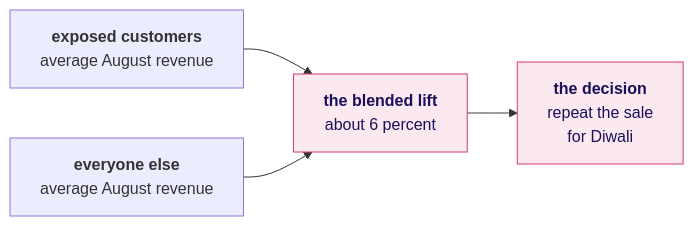
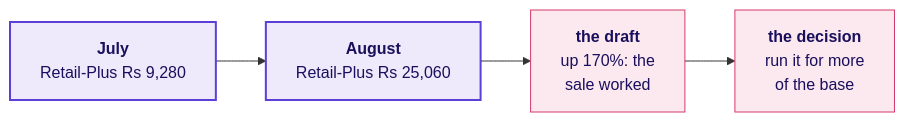
One commit to fde-academy-lab/c2-content-factory changed the fourth of 15 diagrams in content/W01/D4/slides/C2_W01_D04_half2_STUDENT.md. Above: the diagram before and after it, drawn with Mermaid. The commit also changed other lines of this file and 13 other files, not shown here.

````diff
--- a/content/W01/D4/slides/C2_W01_D04_half2_STUDENT.md
+++ b/content/W01/D4/slides/C2_W01_D04_half2_STUDENT.md
@@ -107,8 +151,10 @@
 ```mermaid
 flowchart LR
-    A["<b>exposed customers</b><br/>average August revenue"] --> L["<b>the blended lift</b><br/>about 6 percent"]
-    B["<b>everyone else</b><br/>average August revenue"] --> L
-    L --> D["<b>the decision</b><br/>repeat the sale<br/>for Diwali"]
+    J["<b>July</b><br/>Retail-Plus Rs 9,280"] --> A["<b>August</b><br/>Retail-Plus Rs 25,060"]
+    A --> C["<b>the draft</b><br/>up 170%: the<br/>sale worked"]
+    C --> D["<b>the decision</b><br/>run it for more<br/>of the base"]
+    classDef known fill:#EEEAFB,stroke:#5B3FD6,color:#1A0F5C,stroke-width:2px
     classDef bad fill:#FBE9EF,stroke:#D63A6A,color:#1A0F5C
-    class L,D bad
+    class J,A known
+    class C,D bad
 ```
````
